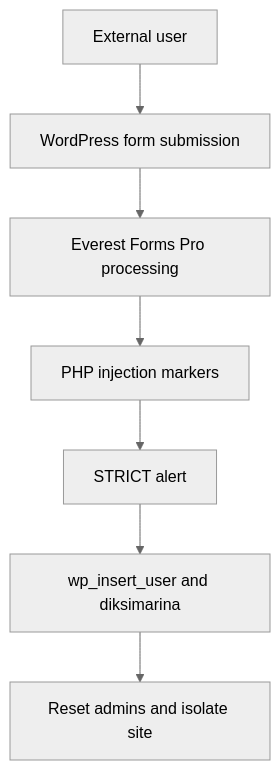
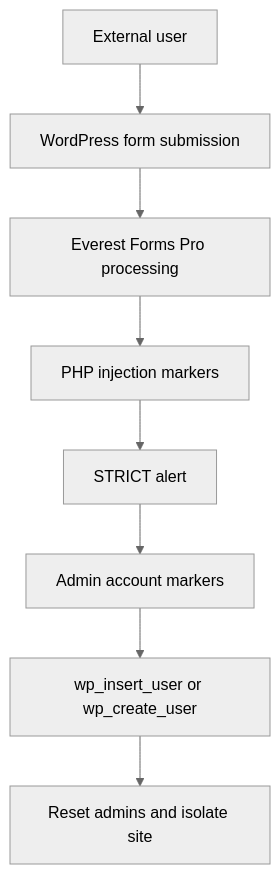
The diagram in CVE-2026-3300_wordpress_Everest_Forms_Pro_RCE/diagrams/DIAGRAM_CVE_2026_3300_ATTACK_DETECTION_RESPONSE_EN.mmd (Hatchepsoute/sigma-rules), drawn with Mermaid (neutral theme) before and after one commit. The commit also changed 305 other files, not shown here.

```diff
--- a/CVE-2026-3300_wordpress_Everest_Forms_Pro_RCE/diagrams/DIAGRAM_CVE_2026_3300_ATTACK_DETECTION_RESPONSE_EN.mmd
+++ b/CVE-2026-3300_wordpress_Everest_Forms_Pro_RCE/diagrams/DIAGRAM_CVE_2026_3300_ATTACK_DETECTION_RESPONSE_EN.mmd
@@ -1,7 +1,8 @@
 flowchart TD
   A[External user] --> B[WordPress form submission]
   B --> C[Everest Forms Pro processing]
   C --> D[PHP injection markers]
   D --> E[STRICT alert]
-  E --> F[wp_insert_user and diksimarina]
-  F --> G[Reset admins and isolate site]
+  E --> F[Admin account markers]
+  F --> G[wp_insert_user or wp_create_user]
+  G --> H[Reset admins and isolate site]
```
